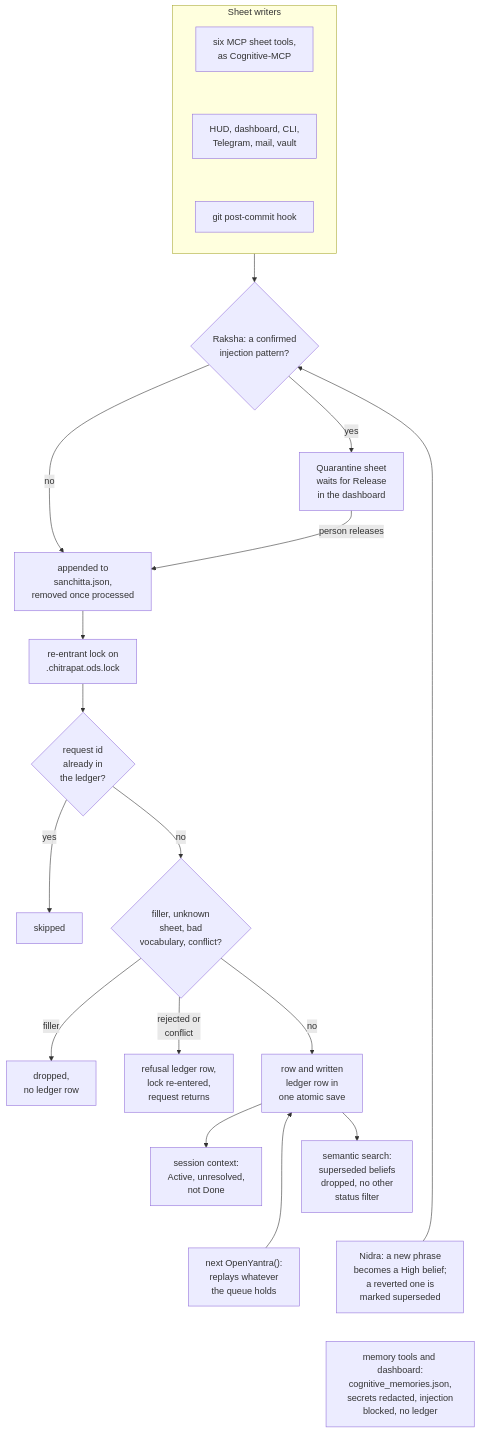
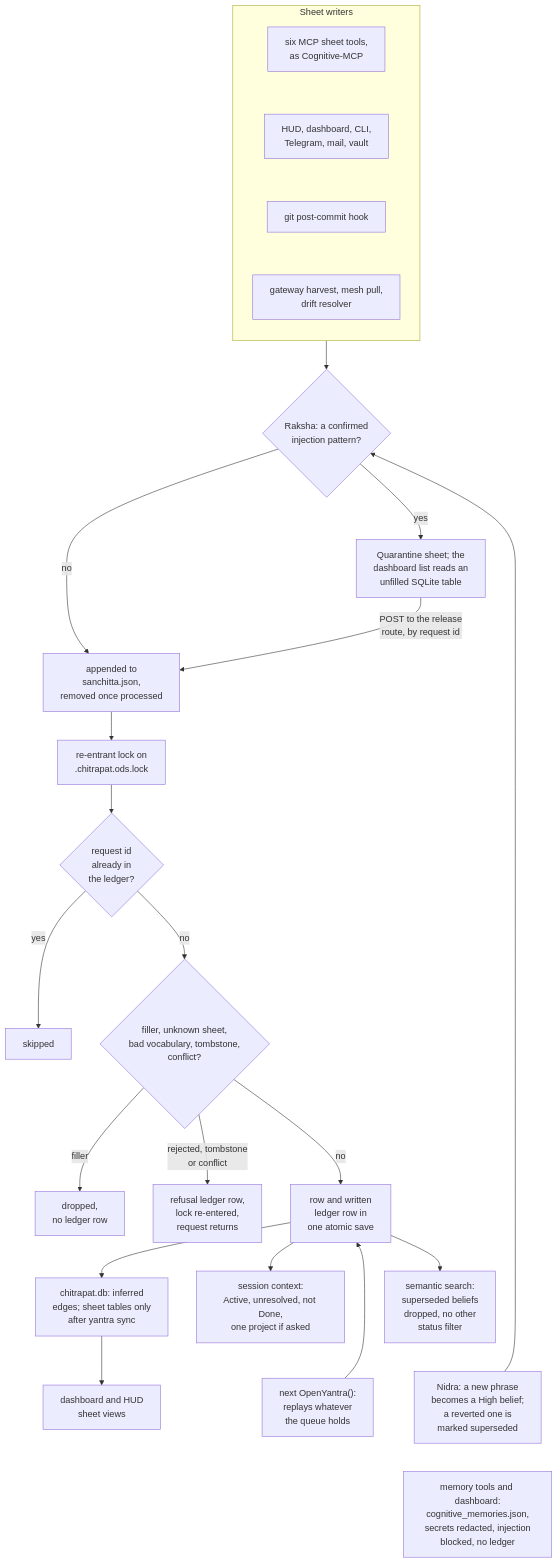
The diagram in content/systems/openyantra.md (neoneye/agent-memory-atlas), drawn with Mermaid before and after one commit. The commit also changed other lines of this file and 24 other files, not shown here.

````diff
--- a/content/systems/openyantra.md
+++ b/content/systems/openyantra.md
@@ -119,29 +133,32 @@
 ```mermaid
-%% caption: a sheet row is believed once it clears four gates under one workbook lock; a refused write saves its ledger row under the same lock and returns; the queue replays what a crash left, skipping a request the ledger holds; Nidra promotes a phrase once and supersedes a reverted one; the MCP memory tools and the dashboard write a second store with no ledger
+%% caption: a sheet row is believed once it clears five gates under one workbook lock; a refused write saves its ledger row under the same lock and returns; a superseded belief refuses a write that repeats it; the queue replays what a crash left, skipping a request the ledger holds; the MCP memory tools and the dashboard write a second store with no ledger; the dashboard reads a third
 flowchart TD
   subgraph writers["Sheet writers"]
     direction TB
     W1["six MCP sheet tools,<br/>as Cognitive-MCP"]
     W2["HUD, dashboard, CLI,<br/>Telegram, mail, vault"]
     W3["git post-commit hook"]
-    W1 ~~~ W2 ~~~ W3
+    W4["gateway harvest, mesh pull,<br/>drift resolver"]
+    W1 ~~~ W2 ~~~ W3 ~~~ W4
   end
   writers --> RK{"Raksha: a confirmed<br/>injection pattern?"}
-  RK -->|"yes"| Q["Quarantine sheet<br/>waits for Release<br/>in the dashboard"]
+  RK -->|"yes"| Q["Quarantine sheet; the<br/>dashboard list reads an<br/>unfilled SQLite table"]
   RK -->|"no"| SQ["appended to<br/>sanchitta.json,<br/>removed once processed"]
-  Q -->|"person releases"| SQ
+  Q -->|"POST to the release<br/>route, by request id"| SQ
   SQ --> LK["re-entrant lock on<br/>.chitrapat.ods.lock"]
   LK --> LG{"request id<br/>already in<br/>the ledger?"}
   LG -->|"yes"| SKIP["skipped"]
-  LG -->|"no"| GATE{"filler, unknown<br/>sheet, bad<br/>vocabulary, conflict?"}
+  LG -->|"no"| GATE{"filler, unknown sheet,<br/>bad vocabulary, tombstone,<br/>conflict?"}
   GATE -->|"filler"| DROP["dropped,<br/>no ledger row"]
-  GATE -->|"rejected or<br/>conflict"| REF["refusal ledger row,<br/>lock re-entered,<br/>request returns"]
+  GATE -->|"rejected, tombstone<br/>or conflict"| REF["refusal ledger row,<br/>lock re-entered,<br/>request returns"]
   GATE -->|"no"| ROW["row and written<br/>ledger row in<br/>one atomic save"]
-  ROW --> CTX["session context:<br/>Active, unresolved,<br/>not Done"]
+  ROW --> CTX["session context:<br/>Active, unresolved, not Done,<br/>one project if asked"]
+  ROW --> EDGE["chitrapat.db: inferred<br/>edges; sheet tables only<br/>after yantra sync"]
+  EDGE --> DASH["dashboard and HUD<br/>sheet views"]
   ROW --> SRCH["semantic search:<br/>superseded beliefs<br/>dropped, no other<br/>status filter"]
   CTX ~~~ RP["next OpenYantra():<br/>replays whatever<br/>the queue holds"]
   RP --> ROW
   SRCH ~~~ NID["Nidra: a new phrase<br/>becomes a High belief;<br/>a reverted one is<br/>marked superseded"]
   NID --> RK
   NID ~~~ COG["memory tools and dashboard:<br/>cognitive_memories.json,<br/>secrets redacted, injection<br/>blocked, no ledger"]
 ```
````
